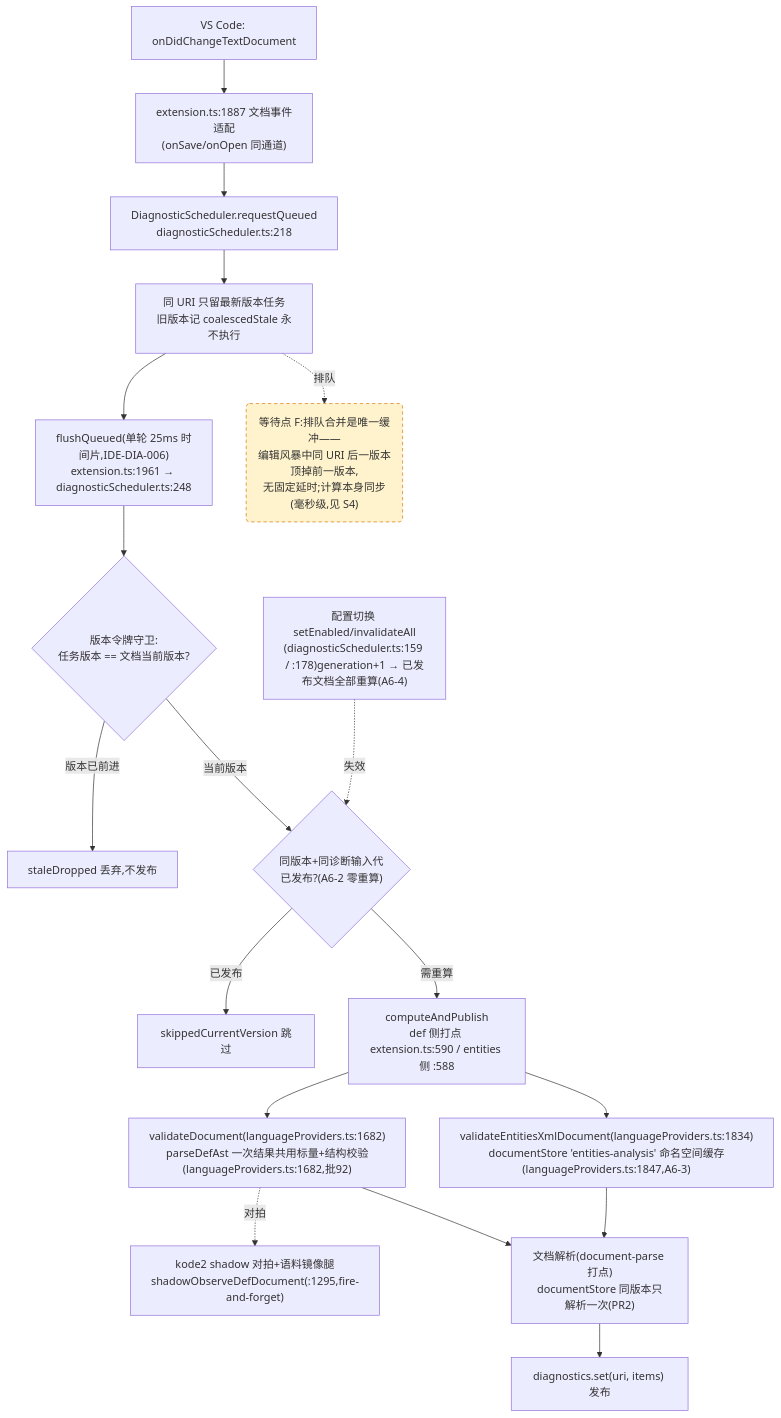
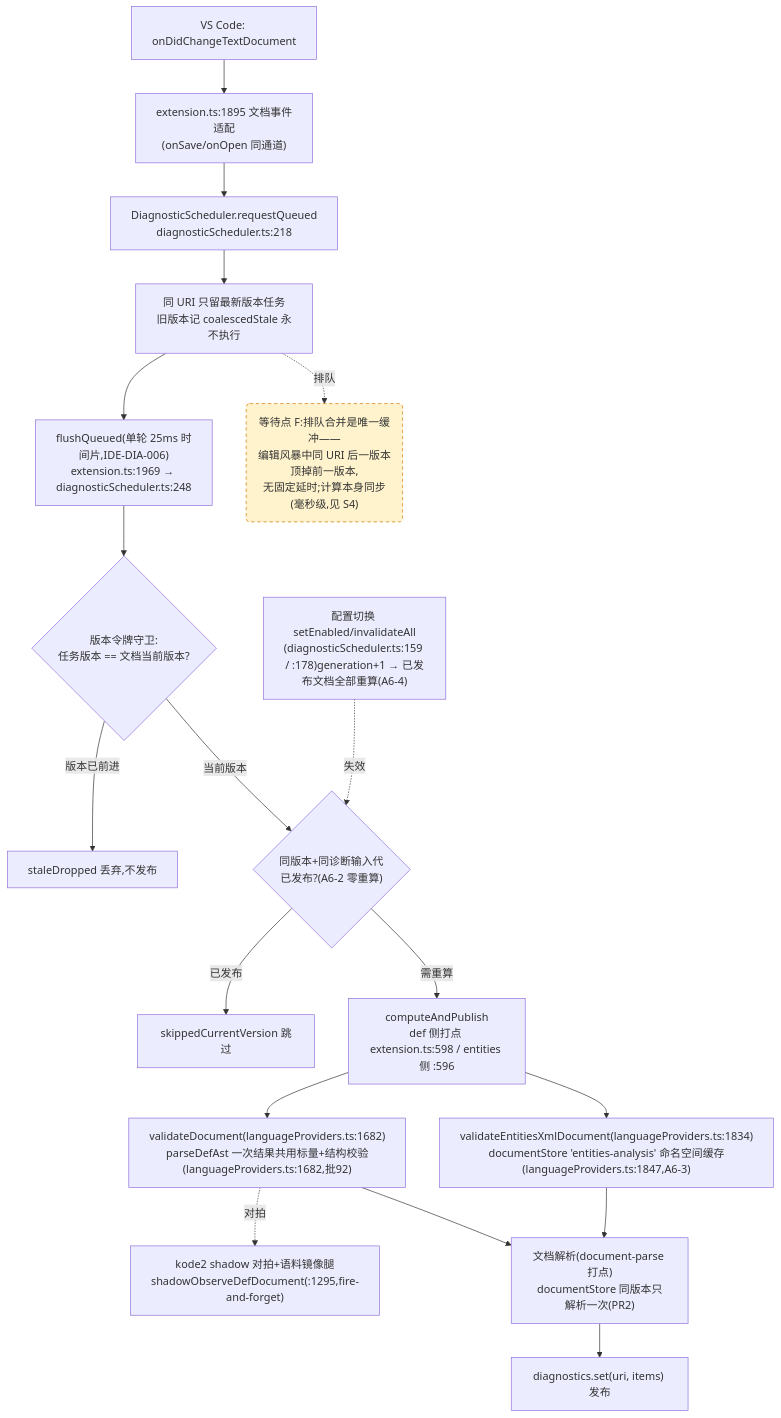
One commit to cuihairu/kode changed the fourth of 4 diagrams in docs/perf/2026-baseline.md. Above: the diagram before and after it, drawn with Mermaid. The commit also changed other lines of this file and 12 other files, not shown here.

````diff
--- a/docs/perf/2026-baseline.md
+++ b/docs/perf/2026-baseline.md
@@ -214,38 +214,38 @@
 ```mermaid
 flowchart TD
   CHG["VS Code: onDidChangeTextDocument"]
-  WATCH["extension.ts:1887 文档事件适配<br/>(onSave/onOpen 同通道)"]
+  WATCH["extension.ts:1895 文档事件适配<br/>(onSave/onOpen 同通道)"]
   RQ["DiagnosticScheduler.requestQueued<br/>diagnosticScheduler.ts:218"]
   CO["同 URI 只留最新版本任务<br/>旧版本记 coalescedStale 永不执行"]
-  FL["flushQueued(单轮 25ms 时间片,IDE-DIA-006)<br/>extension.ts:1961 → diagnosticScheduler.ts:248"]
+  FL["flushQueued(单轮 25ms 时间片,IDE-DIA-006)<br/>extension.ts:1969 → diagnosticScheduler.ts:248"]
   VG{"版本令牌守卫:<br/>任务版本 == 文档当前版本?"}
   DROP["staleDropped 丢弃,不发布"]
   GEN{"同版本+同诊断输入代<br/>已发布?(A6-2 零重算)"}
   SKIP["skippedCurrentVersion 跳过"]
-  CALC["computeAndPublish<br/>def 侧打点 extension.ts:590 / entities 侧 :588"]
+  CALC["computeAndPublish<br/>def 侧打点 extension.ts:598 / entities 侧 :596"]
   VD["validateDocument(languageProviders.ts:1682)<br/>parseDefAst 一次结果共用标量+结构校验(languageProviders.ts:1682,批92)"]
   VEX["validateEntitiesXmlDocument(languageProviders.ts:1834)<br/>documentStore 'entities-analysis' 命名空间缓存(languageProviders.ts:1847,A6-3)"]
   SHDD["kode2 shadow 对拍+语料镜像腿<br/>shadowObserveDefDocument(:1295,fire-and-forget)"]
   DS["文档解析(document-parse 打点)<br/>documentStore 同版本只解析一次(PR2)"]
   PUB["diagnostics.set(uri, items) 发布"]
   CFG2["配置切换 setEnabled/invalidateAll<br/>(diagnosticScheduler.ts:159 / :178)generation+1 → 已发布文档全部重算(A6-4)"]
 
   CHG --> WATCH --> RQ --> CO --> FL --> VG
   VG -- "版本已前进" --> DROP
   VG -- "当前版本" --> GEN
   GEN -- "已发布" --> SKIP
   GEN -- "需重算" --> CALC
   CALC --> VD
   CALC --> VEX
   VD --> DS
   VEX --> DS
   DS --> PUB
   VD -.->|对拍| SHDD
   CFG2 -.->|失效| GEN
 
   WAITF("等待点 F:排队合并是唯一缓冲——<br/>编辑风暴中同 URI 后一版本顶掉前一版本,<br/>无固定延时;计算本身同步(毫秒级,见 S4)")
   CO -.->|排队| WAITF
 
   classDef waitPoint fill:#fff3cd,stroke:#d97706,stroke-dasharray:5 4;
   class WAITF waitPoint;
 ```
````
